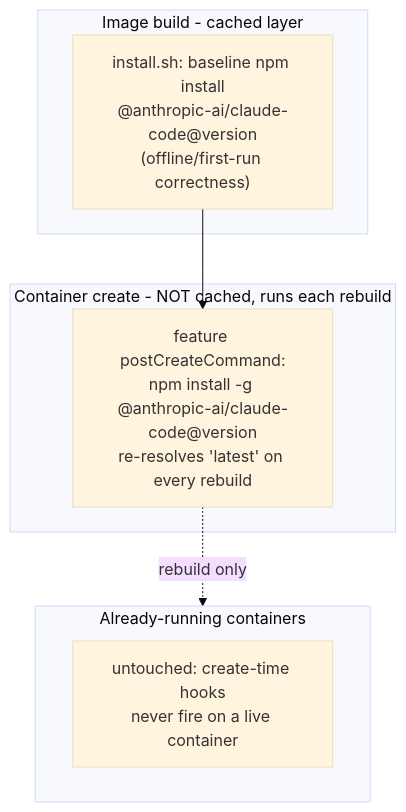
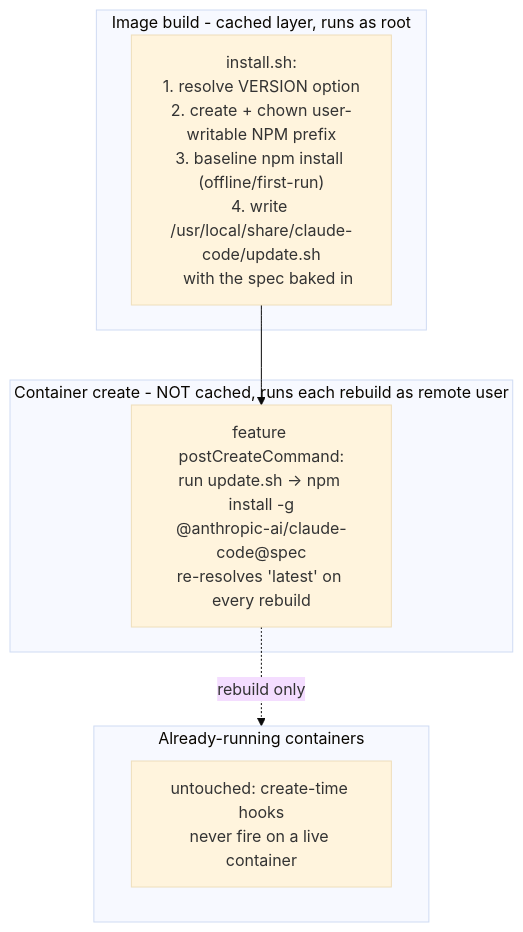
One commit to weftwiseink/lace changed the diagram in cdocs/proposals/2026-09-11-claude-code-feature-updatability.md. Above: the diagram before and after it, drawn with Mermaid (base theme). The commit also changed other lines of this file, not shown here.

First line of the commit message:
docs(claude-code): revise updatability proposal per R1 review

````diff
--- a/cdocs/proposals/2026-09-11-claude-code-feature-updatability.md
+++ b/cdocs/proposals/2026-09-11-claude-code-feature-updatability.md
@@ -73,14 +79,14 @@
 ```mermaid
 flowchart TD
-  subgraph build [Image build - cached layer]
-    B["install.sh: baseline npm install<br/>@anthropic-ai/claude-code@version<br/>(offline/first-run correctness)"]
+  subgraph build [Image build - cached layer, runs as root]
+    B["install.sh:<br/>1. resolve VERSION option<br/>2. create + chown user-writable NPM prefix<br/>3. baseline npm install (offline/first-run)<br/>4. write /usr/local/share/claude-code/update.sh<br/>   with the spec baked in"]
   end
-  subgraph create [Container create - NOT cached, runs each rebuild]
-    C["feature postCreateCommand:<br/>npm install -g @anthropic-ai/claude-code@version<br/>re-resolves 'latest' on every rebuild"]
+  subgraph create [Container create - NOT cached, runs each rebuild as remote user]
+    C["feature postCreateCommand:<br/>run update.sh -> npm install -g<br/>@anthropic-ai/claude-code@spec<br/>re-resolves 'latest' on every rebuild"]
   end
   subgraph running [Already-running containers]
     R["untouched: create-time hooks<br/>never fire on a live container"]
   end
   B --> C
   C -.->|"rebuild only"| running
 ```
````
